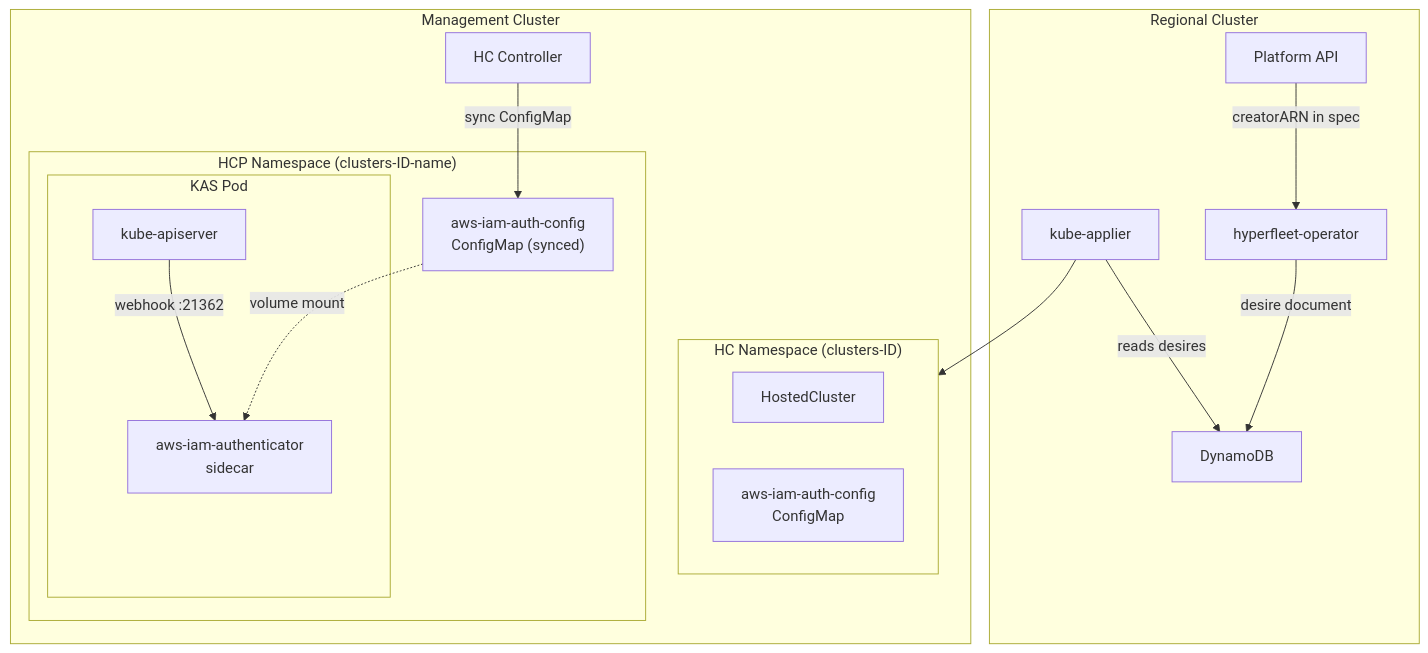
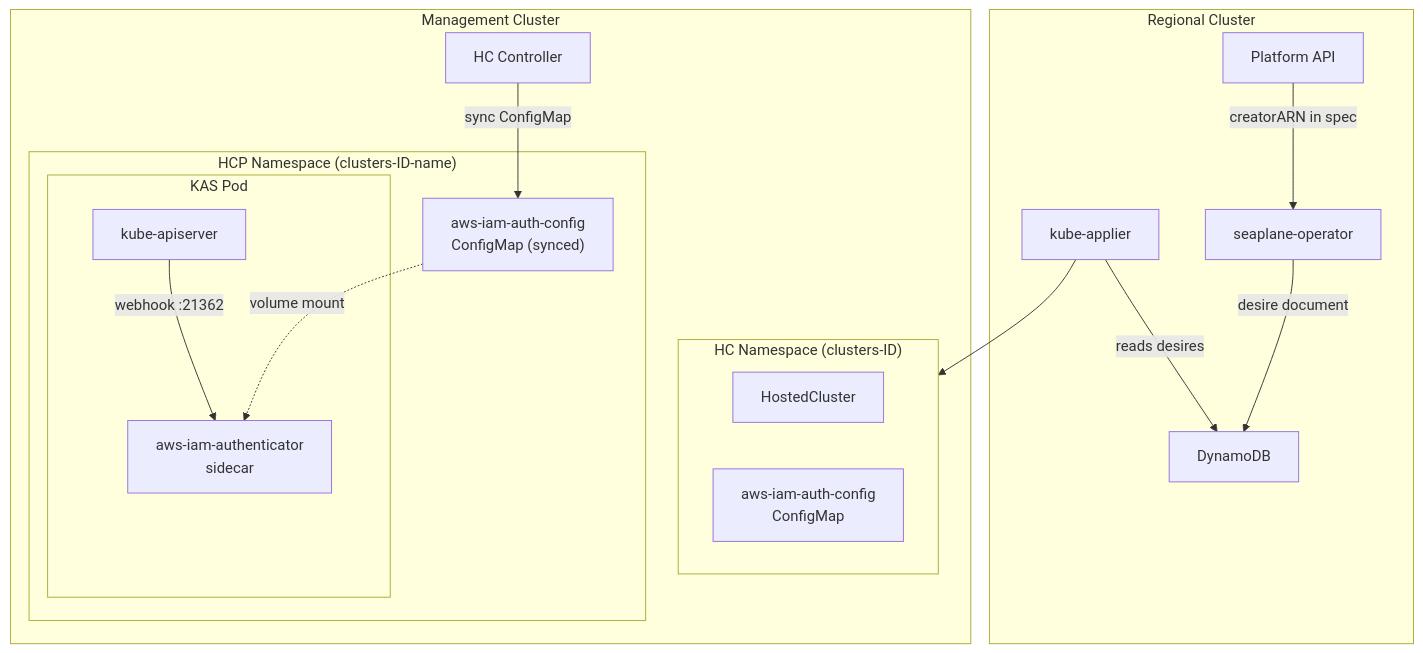
One commit to Alcamech/rosa-hyperfleet changed the second of 2 diagrams in docs/design/aws-iam-hosted-cluster-authentication.md. Above: the diagram before and after it, drawn with Mermaid. The commit also changed other lines of this file and 148 other files, not shown here.

````diff
--- a/docs/design/aws-iam-hosted-cluster-authentication.md
+++ b/docs/design/aws-iam-hosted-cluster-authentication.md
@@ -53,32 +53,32 @@
 ```mermaid
 flowchart TB
     subgraph RC["Regional Cluster"]
         API["Platform API"]
-        HFO["hyperfleet-operator"]
+        HFO["seaplane-operator"]
         DDB["DynamoDB"]
         KAA["kube-applier"]
     end
 
     subgraph MC["Management Cluster"]
         subgraph HC_NS["HC Namespace (clusters-ID)"]
             HC["HostedCluster"]
             CM_HC["aws-iam-auth-config<br/>ConfigMap"]
         end
         subgraph HCP_NS["HCP Namespace (clusters-ID-name)"]
             subgraph KAS_POD["KAS Pod"]
                 KAS["kube-apiserver"]
                 SIDECAR["aws-iam-authenticator<br/>sidecar"]
             end
             CM_HCP["aws-iam-auth-config<br/>ConfigMap (synced)"]
         end
         HSO["HC Controller"]
     end
 
     API -->|"creatorARN in spec"| HFO
     HFO -->|"desire document"| DDB
     KAA -->|"reads desires"| DDB
     KAA --> HC_NS
     HSO -->|"sync ConfigMap"| CM_HCP
     CM_HCP -.->|"volume mount"| SIDECAR
     KAS -->|"webhook :21362"| SIDECAR
 ```
````
